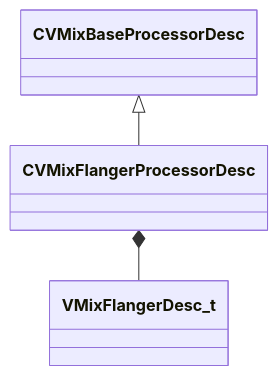
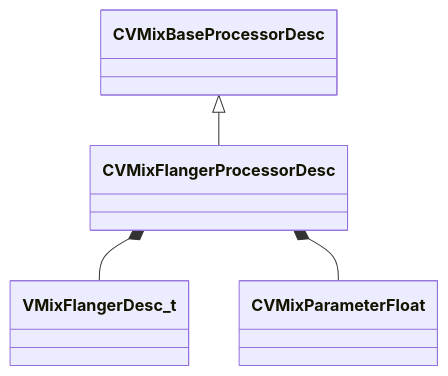
The diagram in docs/generated/schemas/soundsystem_lowlevel/CVMixFlangerProcessorDesc.md (CS2OpenDev/CS2OpenDev-Docs), drawn with Mermaid before and after one commit. The commit also changed other lines of this file and 4654 other files, not shown here.

Commit message:
docs: regenerate for SchemaTracker build 25947352 [skip ci]

````diff
--- a/docs/generated/schemas/soundsystem_lowlevel/CVMixFlangerProcessorDesc.md
+++ b/docs/generated/schemas/soundsystem_lowlevel/CVMixFlangerProcessorDesc.md
@@ -19,5 +19,6 @@
 ```mermaid
 classDiagram
     CVMixBaseProcessorDesc <|-- CVMixFlangerProcessorDesc
     CVMixFlangerProcessorDesc *-- VMixFlangerDesc_t
+    CVMixFlangerProcessorDesc *-- CVMixParameterFloat
 ```
````
